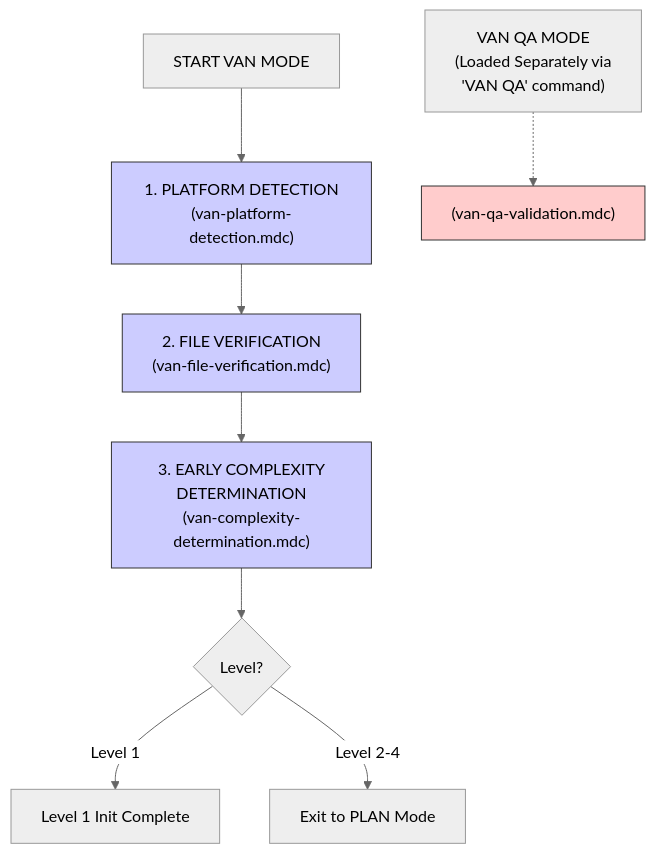
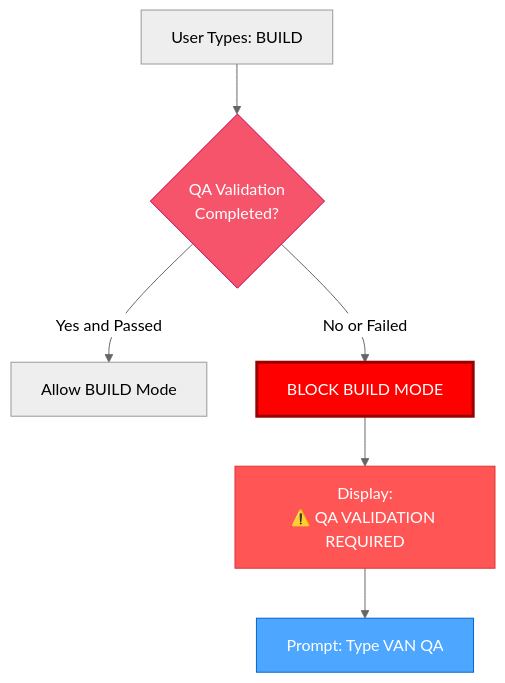
One commit to tyrchen/rust-lib-template changed the seventh of 13 diagrams in .cursor/rules/isolation_rules/visual-maps/van_mode_split/van-mode-map.mdc. Above: the diagram before and after it, drawn with Mermaid (neutral theme). The commit also changed other lines of this file and 72 other files, not shown here.

````diff
--- a/.cursor/rules/isolation_rules/visual-maps/van_mode_split/van-mode-map.mdc
+++ b/.cursor/rules/isolation_rules/visual-maps/van_mode_split/van-mode-map.mdc
@@ -25,23 +247,13 @@
 ```mermaid
 graph TD
-    Start["START VAN MODE"] --> PlatformDetect["1. PLATFORM DETECTION
-(van-platform-detection.mdc)"]
-    PlatformDetect --> FileVerify["2. FILE VERIFICATION
-(van-file-verification.mdc)"]
-    FileVerify --> Complexity["3. EARLY COMPLEXITY
-DETERMINATION
-(van-complexity-determination.mdc)"]
-    Complexity --> Decision{"Level?"}
-    Decision -- "Level 1" --> L1Complete["Level 1 Init Complete"]
-    Decision -- "Level 2-4" --> ExitToPlan["Exit to PLAN Mode"]
+    Start["User Types: BUILD"] --> CheckQA{"QA Validation<br>Completed?"}
+    CheckQA -->|"Yes and Passed"| AllowBuild["Allow BUILD Mode"]
+    CheckQA -->|"No or Failed"| BlockBuild["BLOCK BUILD MODE"]
+    BlockBuild --> Message["Display:<br>⚠️ QA VALIDATION REQUIRED"]
+    Message --> ReturnToVANQA["Prompt: Type VAN QA"]
 
-    %% Link to QA (Loaded separately)
-    QA_Entry["VAN QA MODE
-(Loaded Separately via
-'VAN QA' command)"] -.-> QA_Map["(van-qa-validation.mdc)"]
-
-    style PlatformDetect fill:#ccf,stroke:#333
-    style FileVerify fill:#ccf,stroke:#333
-    style Complexity fill:#ccf,stroke:#333
-    style QA_Map fill:#fcc,stroke:#333
+    style CheckQA fill:#f6546a,stroke:#c30052,color:white
+    style BlockBuild fill:#ff0000,stroke:#990000,color:white,stroke-width:3px
+    style Message fill:#ff5555,stroke:#dd3333,color:white
+    style ReturnToVANQA fill:#4da6ff,stroke:#0066cc,color:white
 ```
````
